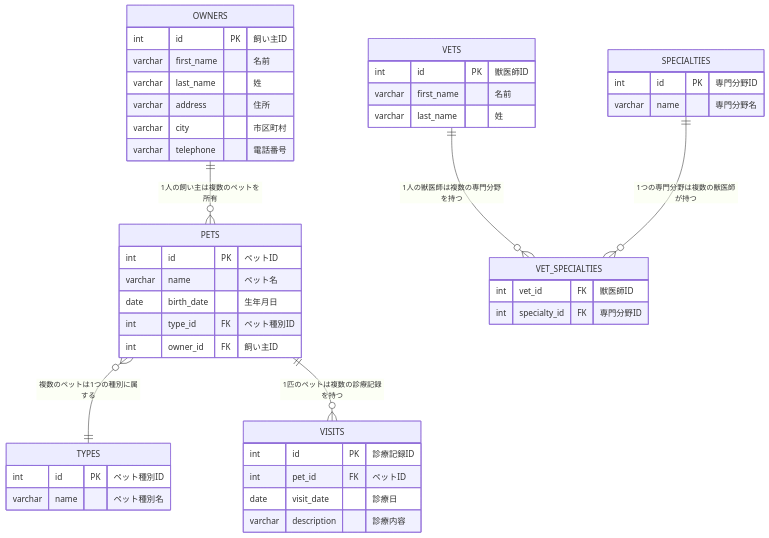
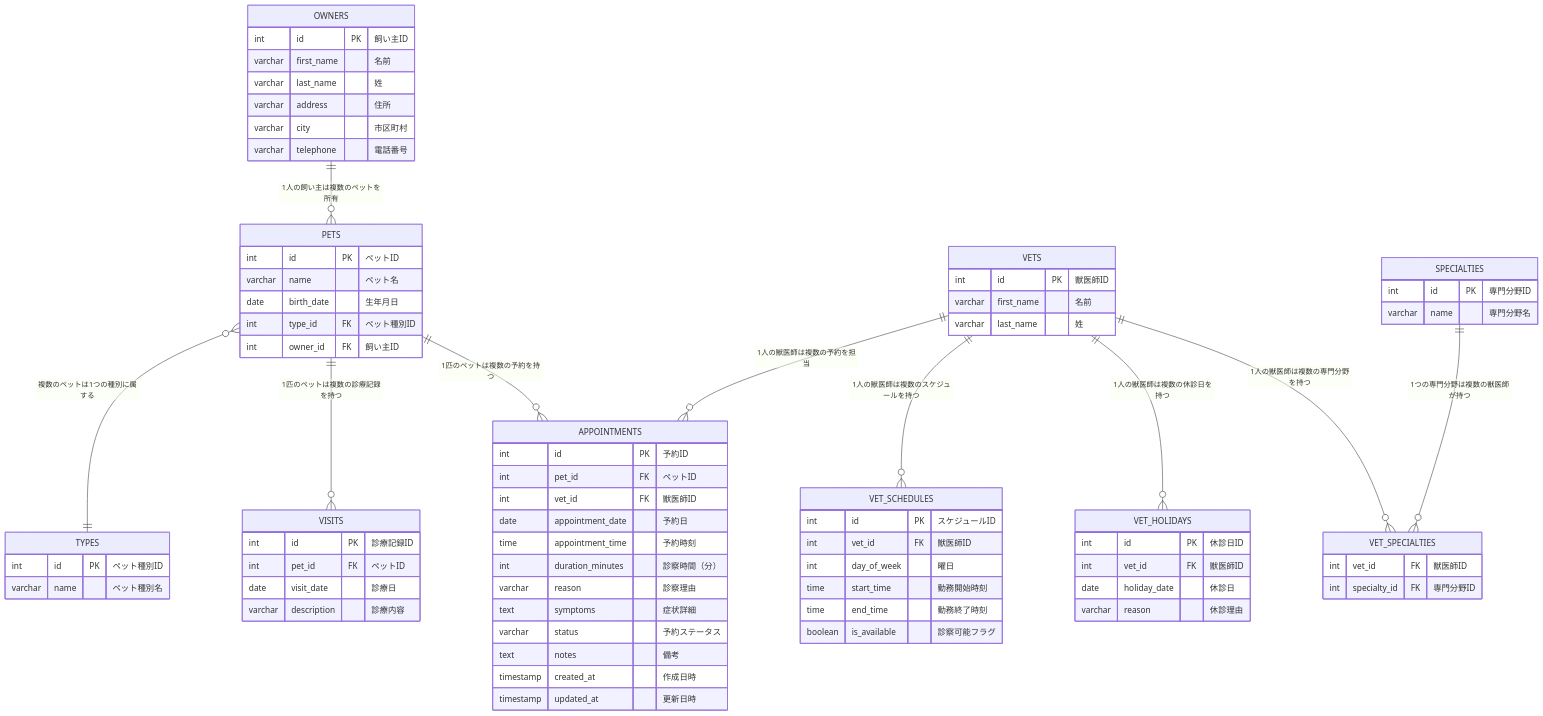
Before and after one commit to Acme-finance-demo/spring-petclinic-cursor: the second of 9 diagrams in spring-petclinic-analysis.md, drawn with Mermaid. The commit also changed other lines of this file, not shown here.

First line of the commit message:
Update design document with appointment booking feature requirements

````diff
--- a/spring-petclinic-analysis.md
+++ b/spring-petclinic-analysis.md
@@ -201,10 +282,45 @@
         int specialty_id FK "専門分野ID"
     }
     
+    APPOINTMENTS {
+        int id PK "予約ID"
+        int pet_id FK "ペットID"
+        int vet_id FK "獣医師ID"
+        date appointment_date "予約日"
+        time appointment_time "予約時刻"
+        int duration_minutes "診察時間（分）"
+        varchar reason "診察理由"
+        text symptoms "症状詳細"
+        varchar status "予約ステータス"
+        text notes "備考"
+        timestamp created_at "作成日時"
+        timestamp updated_at "更新日時"
+    }
+    
+    VET_SCHEDULES {
+        int id PK "スケジュールID"
+        int vet_id FK "獣医師ID"
+        int day_of_week "曜日"
+        time start_time "勤務開始時刻"
+        time end_time "勤務終了時刻"
+        boolean is_available "診察可能フラグ"
+    }
+    
+    VET_HOLIDAYS {
+        int id PK "休診日ID"
+        int vet_id FK "獣医師ID"
+        date holiday_date "休診日"
+        varchar reason "休診理由"
+    }
+    
     %% 関係性の定義
     OWNERS ||--o{ PETS : "1人の飼い主は複数のペットを所有"
     PETS }o--|| TYPES : "複数のペットは1つの種別に属する"
     PETS ||--o{ VISITS : "1匹のペットは複数の診療記録を持つ"
+    PETS ||--o{ APPOINTMENTS : "1匹のペットは複数の予約を持つ"
+    VETS ||--o{ APPOINTMENTS : "1人の獣医師は複数の予約を担当"
+    VETS ||--o{ VET_SCHEDULES : "1人の獣医師は複数のスケジュールを持つ"
+    VETS ||--o{ VET_HOLIDAYS : "1人の獣医師は複数の休診日を持つ"
     VETS ||--o{ VET_SPECIALTIES : "1人の獣医師は複数の専門分野を持つ"
     SPECIALTIES ||--o{ VET_SPECIALTIES : "1つの専門分野は複数の獣医師が持つ"
 ```
````
